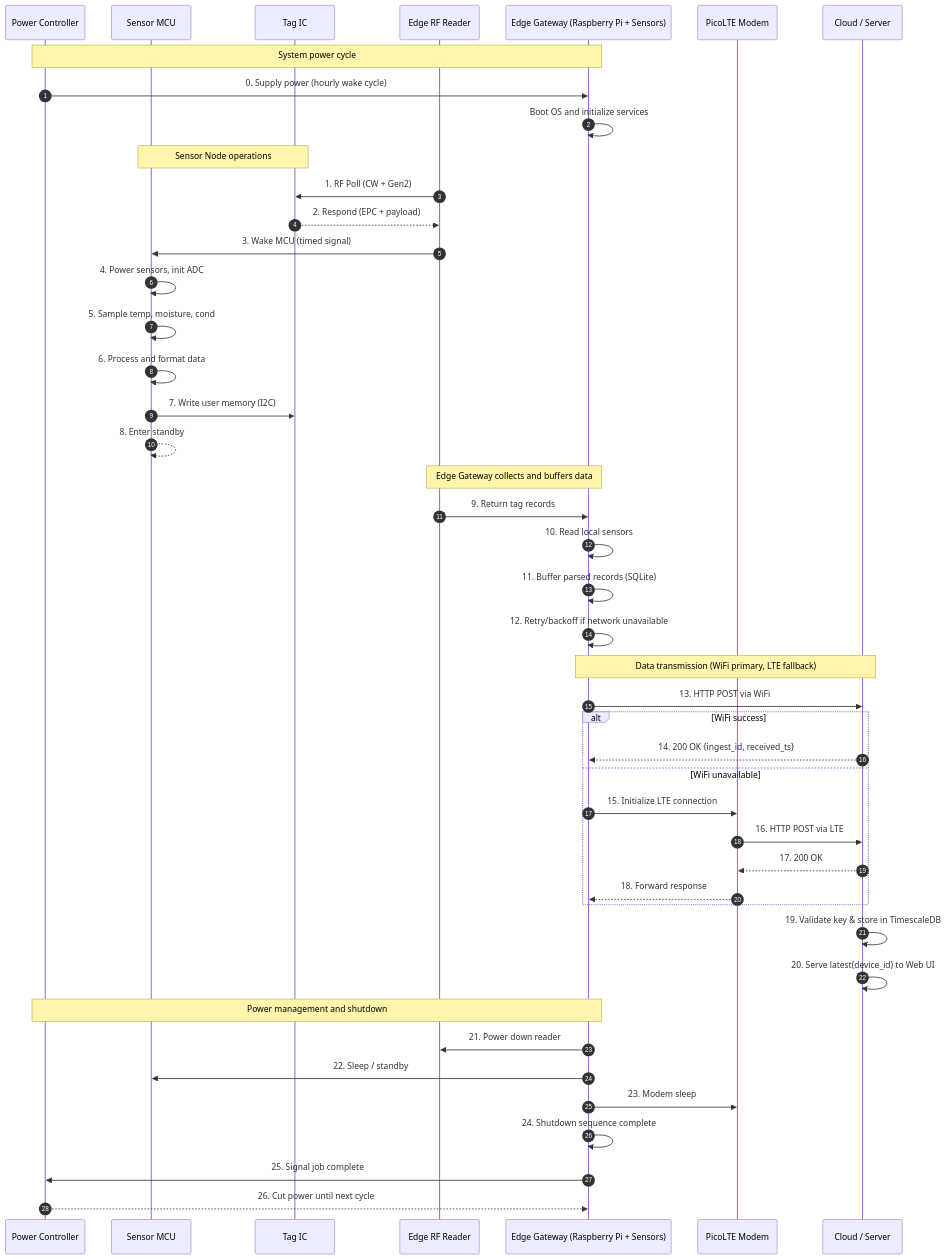
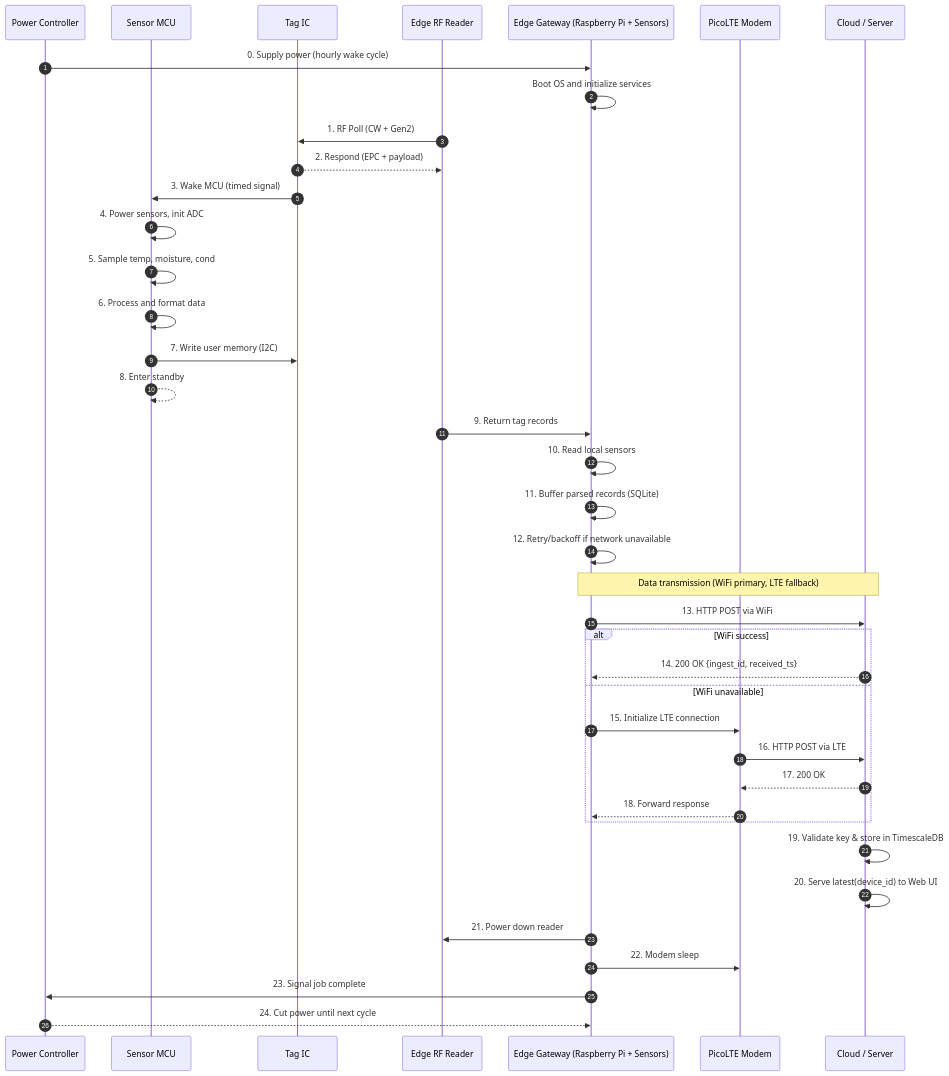
Before and after one commit to joerp78/SDP-final-copy-2026: the diagram in docs/block diagrams/software_block_diagram.mmd, drawn with Mermaid.

Commit message:
CDR diagram

```diff
--- a/docs/block diagrams/software_block_diagram.mmd
+++ b/docs/block diagrams/software_block_diagram.mmd
@@ -1,52 +1,46 @@
 %%{init: {"themeVariables": {"fontSize": "24px", "sequenceNumberFontSize": "22px"}}}%%
 sequenceDiagram
     autonumber
 
     participant PowerCtrl as Power Controller
     participant SensorMCU as Sensor MCU
     participant TagIC as Tag IC
     participant RFReader as Edge RF Reader
     participant Hub as Edge Gateway (Raspberry Pi + Sensors)
     participant PicoLTE as PicoLTE Modem
     participant Cloud as Cloud / Server
 
-    Note over PowerCtrl,Hub: System power cycle
     PowerCtrl->>Hub: 0. Supply power (hourly wake cycle)
     Hub->>Hub: Boot OS and initialize services
 
-    Note over SensorMCU,TagIC: Sensor Node operations
     RFReader->>TagIC: 1. RF Poll (CW + Gen2)
     TagIC-->>RFReader: 2. Respond (EPC + payload)
-    RFReader->>SensorMCU: 3. Wake MCU (timed signal)
+    TagIC->>SensorMCU: 3. Wake MCU (timed signal)
     SensorMCU->>SensorMCU: 4. Power sensors, init ADC
     SensorMCU->>SensorMCU: 5. Sample temp, moisture, cond
     SensorMCU->>SensorMCU: 6. Process and format data
     SensorMCU->>TagIC: 7. Write user memory (I2C)
     SensorMCU-->>SensorMCU: 8. Enter standby
 
-    Note over RFReader,Hub: Edge Gateway collects and buffers data
     RFReader->>Hub: 9. Return tag records
     Hub->>Hub: 10. Read local sensors
     Hub->>Hub: 11. Buffer parsed records (SQLite)
     Hub->>Hub: 12. Retry/backoff if network unavailable
 
     Note over Hub,Cloud: Data transmission (WiFi primary, LTE fallback)
     Hub->>Cloud: 13. HTTP POST via WiFi
     alt WiFi success
         Cloud-->>Hub: 14. 200 OK {ingest_id, received_ts}
     else WiFi unavailable
         Hub->>PicoLTE: 15. Initialize LTE connection
         PicoLTE->>Cloud: 16. HTTP POST via LTE
         Cloud-->>PicoLTE: 17. 200 OK
         PicoLTE-->>Hub: 18. Forward response
     end
     Cloud->>Cloud: 19. Validate key & store in TimescaleDB
     Cloud->>Cloud: 20. Serve latest(device_id) to Web UI
 
-    Note over Hub,PowerCtrl: Power management and shutdown
     Hub->>RFReader: 21. Power down reader
-    Hub->>SensorMCU: 22. Sleep / standby
-    Hub->>PicoLTE: 23. Modem sleep
-    Hub->>Hub: 24. Shutdown sequence complete
-    Hub->>PowerCtrl: 25. Signal job complete
-    PowerCtrl-->>Hub: 26. Cut power until next cycle
+    Hub->>PicoLTE: 22. Modem sleep
+    Hub->>PowerCtrl: 23. Signal job complete
+    PowerCtrl-->>Hub: 24. Cut power until next cycle
```
